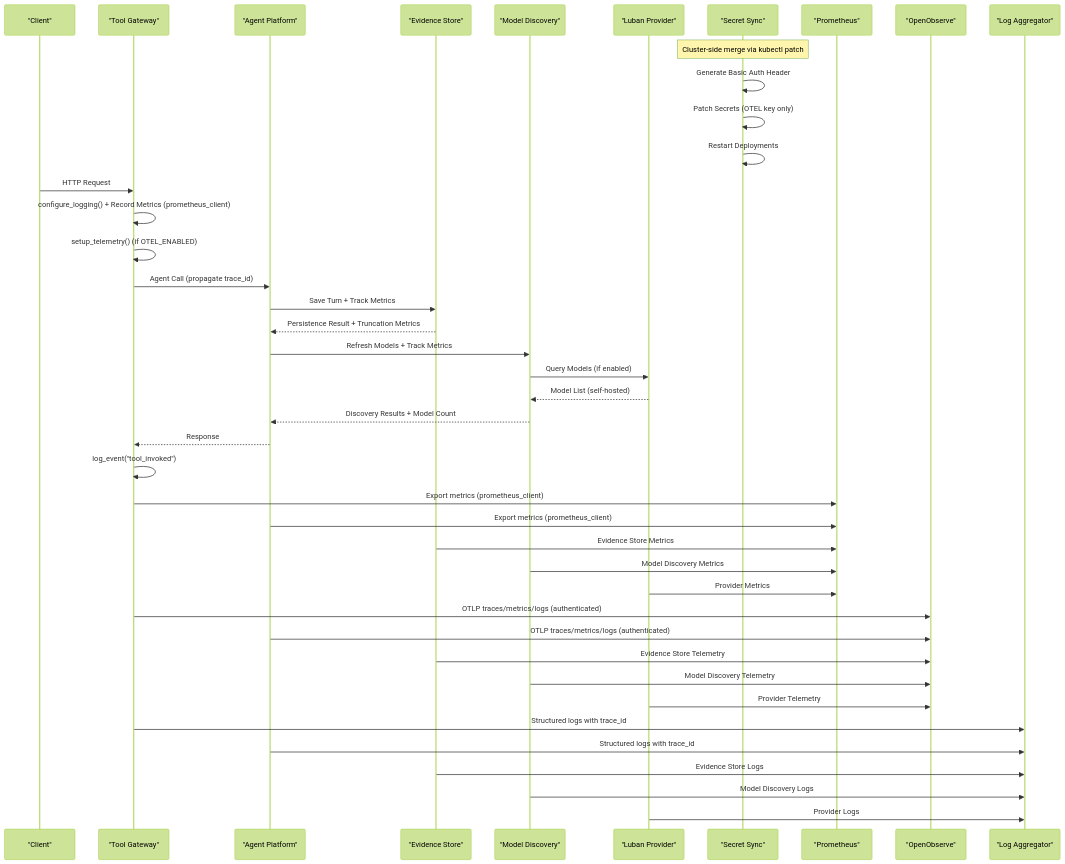
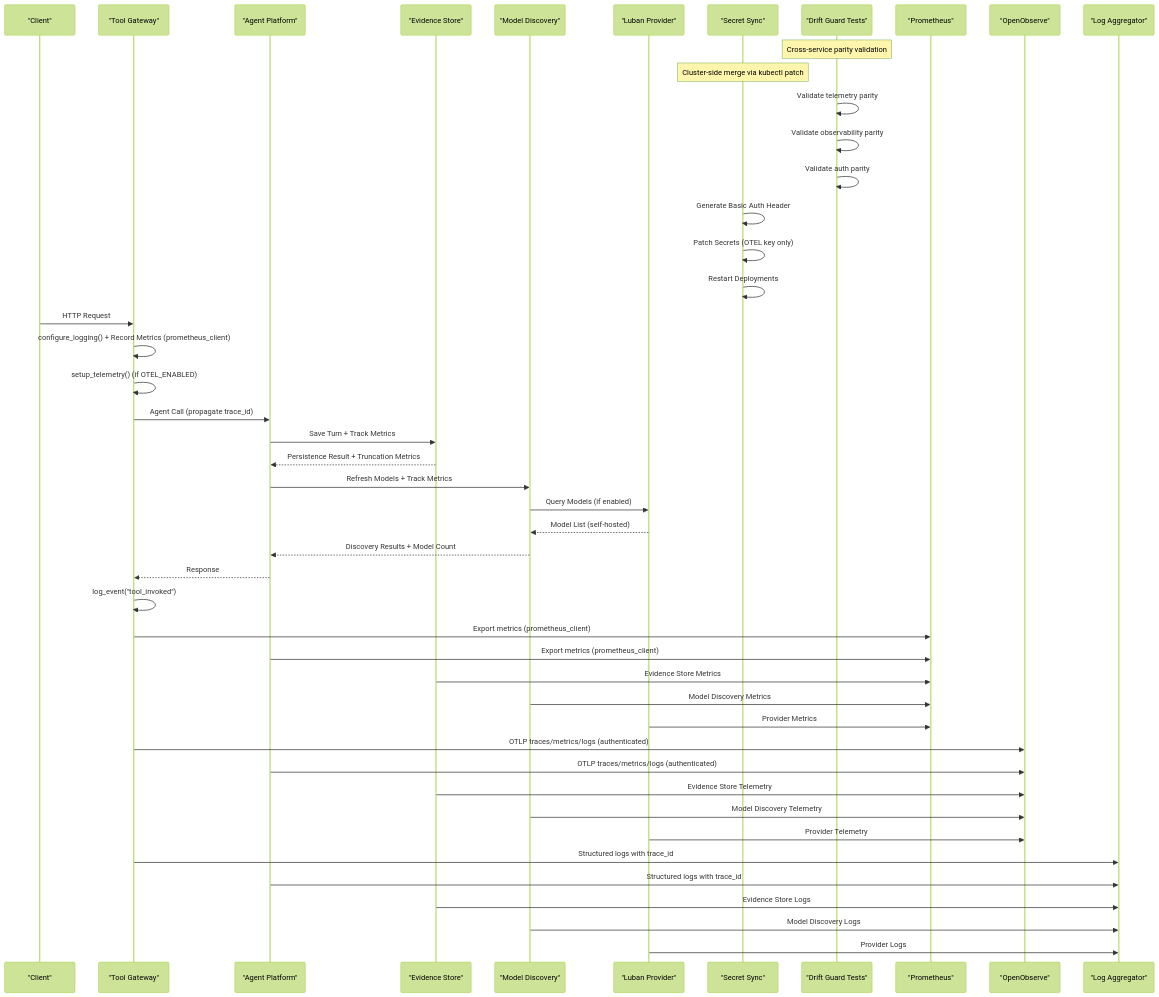
One commit to metasync/luban-aiops changed the second of 14 diagrams in .qoder/repowiki/en/content/Monitoring and Observability/Monitoring and Observability.md. Above: the diagram before and after it, drawn with Mermaid (forest theme). The commit also changed other lines of this file and 8 other files, not shown here.

````diff
--- a/.qoder/repowiki/en/content/Monitoring and Observability/Monitoring and Observability.md
+++ b/.qoder/repowiki/en/content/Monitoring and Observability/Monitoring and Observability.md
@@ -197,44 +198,49 @@
 ```mermaid
 sequenceDiagram
 participant Client as "Client"
 participant Gateway as "Tool Gateway"
 participant Agent as "Agent Platform"
 participant EvidenceStore as "Evidence Store"
 participant ModelDiscovery as "Model Discovery"
 participant LubanProvider as "Luban Provider"
 participant SecretSync as "Secret Sync"
+participant DriftGuard as "Drift Guard Tests"
 participant Prometheus as "Prometheus"
 participant OpenObserve as "OpenObserve"
 participant Logger as "Log Aggregator"
+Note over DriftGuard : Cross-service parity validation
 Note over SecretSync : Cluster-side merge via kubectl patch
+DriftGuard->>DriftGuard : Validate telemetry parity
+DriftGuard->>DriftGuard : Validate observability parity
+DriftGuard->>DriftGuard : Validate auth parity
 SecretSync->>SecretSync : Generate Basic Auth Header
 SecretSync->>SecretSync : Patch Secrets (OTEL key only)
 SecretSync->>SecretSync : Restart Deployments
 Client->>Gateway : HTTP Request
 Gateway->>Gateway : configure_logging() + Record Metrics (prometheus_client)
 Gateway->>Gateway : setup_telemetry() (if OTEL_ENABLED)
 Gateway->>Agent : Agent Call (propagate trace_id)
 Agent->>EvidenceStore : Save Turn + Track Metrics
 EvidenceStore-->>Agent : Persistence Result + Truncation Metrics
 Agent->>ModelDiscovery : Refresh Models + Track Metrics
 ModelDiscovery->>LubanProvider : Query Models (if enabled)
 LubanProvider-->>ModelDiscovery : Model List (self-hosted)
 ModelDiscovery-->>Agent : Discovery Results + Model Count
 Agent-->>Gateway : Response
 Gateway->>Gateway : log_event("tool_invoked")
 Gateway->>Prometheus : Export metrics (prometheus_client)
 Agent->>Prometheus : Export metrics (prometheus_client)
 EvidenceStore->>Prometheus : Evidence Store Metrics
 ModelDiscovery->>Prometheus : Model Discovery Metrics
 LubanProvider->>Prometheus : Provider Metrics
 Gateway->>OpenObserve : OTLP traces/metrics/logs (authenticated)
 Agent->>OpenObserve : OTLP traces/metrics/logs (authenticated)
 EvidenceStore->>OpenObserve : Evidence Store Telemetry
 ModelDiscovery->>OpenObserve : Model Discovery Telemetry
 LubanProvider->>OpenObserve : Provider Telemetry
 Gateway->>Logger : Structured logs with trace_id
 Agent->>Logger : Structured logs with trace_id
 EvidenceStore->>Logger : Evidence Store Logs
 ModelDiscovery->>Logger : Model Discovery Logs
 LubanProvider->>Logger : Provider Logs
 ```
````
